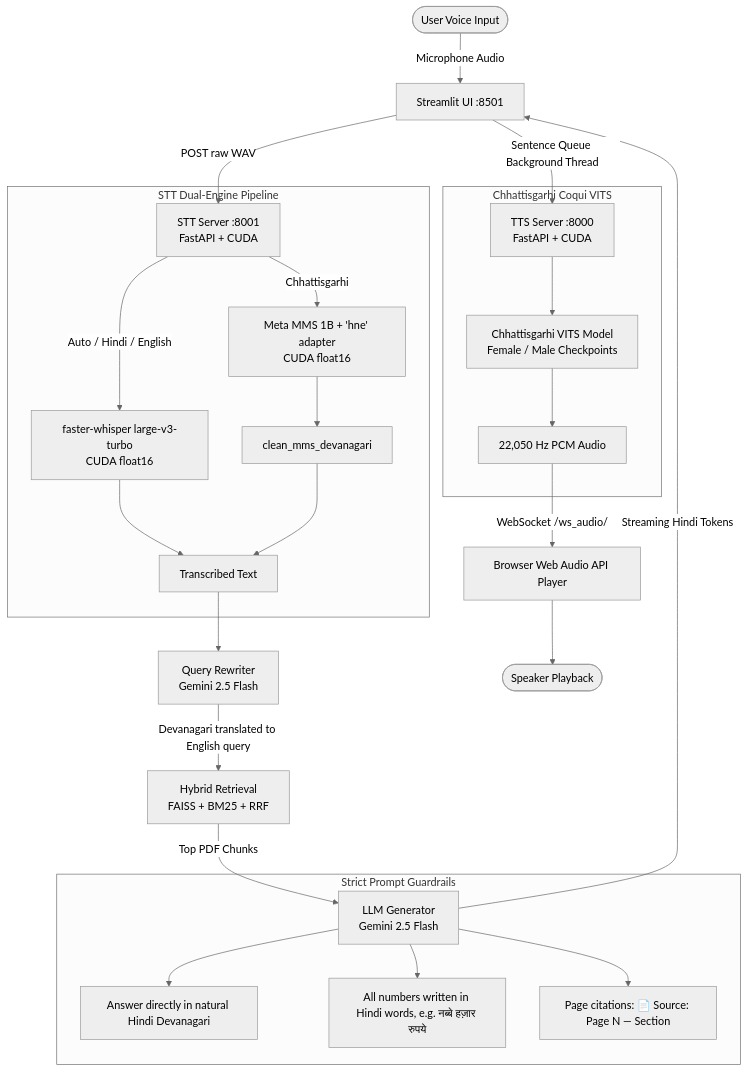
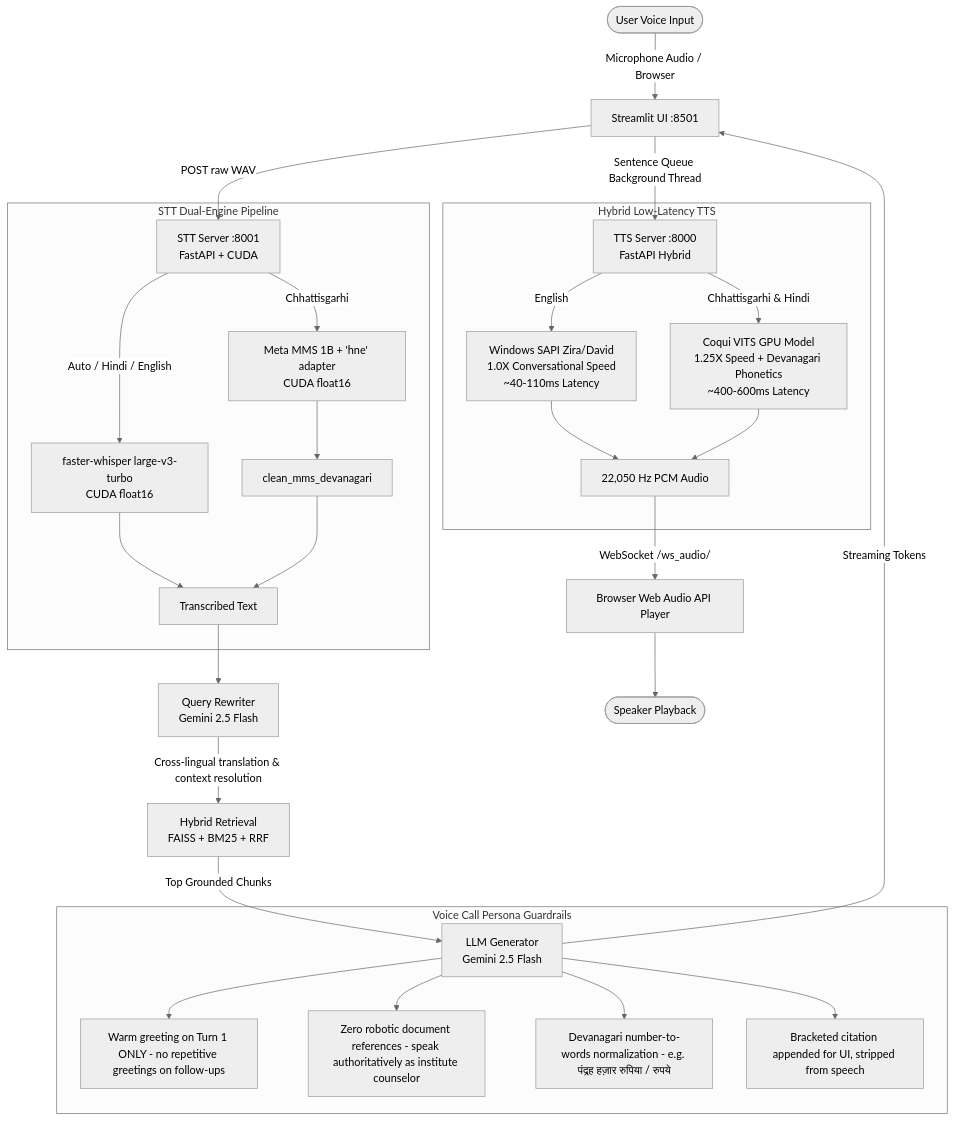
One commit to Heux16/iiitnr-voice-bot changed the diagram in VOICE_AGENT_HANDOVER.md. Above: the diagram before and after it, drawn with Mermaid (neutral theme). The commit also changed other lines of this file and 6 other files, not shown here.

````diff
--- a/VOICE_AGENT_HANDOVER.md
+++ b/VOICE_AGENT_HANDOVER.md
@@ -11,33 +13,36 @@
 ```mermaid
 flowchart TD
-    User([User Voice Input]) -->|Microphone Audio| Streamlit[Streamlit UI :8501]
+    User([User Voice Input]) -->|Microphone Audio / Browser| Streamlit[Streamlit UI :8501]
     Streamlit -->|POST raw WAV| STT[STT Server :8001\nFastAPI + CUDA]
     
     subgraph STT_Engine [STT Dual-Engine Pipeline]
         STT -->|Auto / Hindi / English| Whisper[faster-whisper large-v3-turbo\nCUDA float16]
         STT -->|Chhattisgarhi| MMS[Meta MMS 1B + 'hne' adapter\nCUDA float16]
         Whisper --> TextOut[Transcribed Text]
         MMS --> DevanagariClean[clean_mms_devanagari] --> TextOut
     end
 
     TextOut --> QR[Query Rewriter\nGemini 2.5 Flash]
-    QR -->|Devanagari translated to English query| Retrieval[Hybrid Retrieval\nFAISS + BM25 + RRF]
-    Retrieval -->|Top PDF Chunks| LLM[LLM Generator\nGemini 2.5 Flash]
+    QR -->|Cross-lingual translation & context resolution| Retrieval[Hybrid Retrieval\nFAISS + BM25 + RRF]
+    Retrieval -->|Top Grounded Chunks| LLM[LLM Generator\nGemini 2.5 Flash]
     
-    subgraph LLM_Rules [Strict Prompt Guardrails]
-        LLM --> Rule1[Answer directly in natural Hindi Devanagari]
-        LLM --> Rule2[All numbers written in Hindi words, e.g. नब्बे हज़ार रुपये]
-        LLM --> Rule3[Page citations: 📄 Source: Page N — Section]
+    subgraph Voice_Call_Persona [Voice Call Persona Guardrails]
+        LLM --> Rule1[Warm greeting on Turn 1 ONLY - no repetitive greetings on follow-ups]
+        LLM --> Rule2[Zero robotic document references - speak authoritatively as institute counselor]
+        LLM --> Rule3[Devanagari number-to-words normalization - e.g. पंद्रह हज़ार रुपिया / रुपये]
+        LLM --> Rule4[Bracketed citation appended for UI, stripped from speech]
     end
 
-    LLM -->|Streaming Hindi Tokens| Streamlit
-    Streamlit -->|Sentence Queue Background Thread| TTS[TTS Server :8000\nFastAPI + CUDA]
+    LLM -->|Streaming Tokens| Streamlit
+    Streamlit -->|Sentence Queue Background Thread| TTS[TTS Server :8000\nFastAPI Hybrid]
     
-    subgraph TTS_Engine [Chhattisgarhi Coqui VITS]
-        TTS --> VITS[Chhattisgarhi VITS Model\nFemale / Male Checkpoints]
-        VITS --> AudioChunks[22,050 Hz PCM Audio]
+    subgraph TTS_Engine [Hybrid Low-Latency TTS]
+        TTS -->|English| SAPI[Windows SAPI Zira/David\n1.0X Conversational Speed\n~40-110ms Latency]
+        TTS -->|Chhattisgarhi & Hindi| VITS[Coqui VITS GPU Model\n1.25X Speed + Devanagari Phonetics\n~400-600ms Latency]
+        SAPI --> AudioChunks[22,050 Hz PCM Audio]
+        VITS --> AudioChunks
     end
 
     AudioChunks -->|WebSocket /ws_audio/| WebAudio[Browser Web Audio API Player]
     WebAudio --> Speaker([Speaker Playback])
 ```
````
